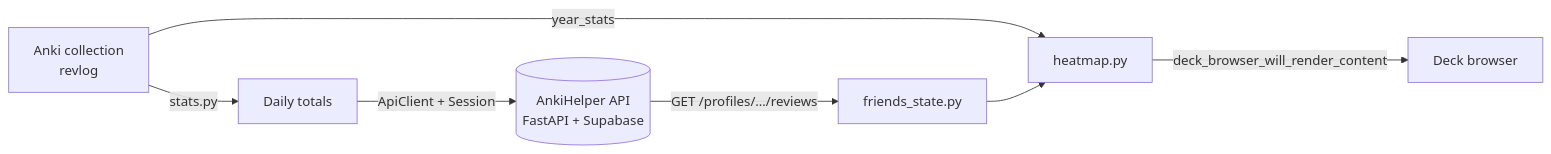
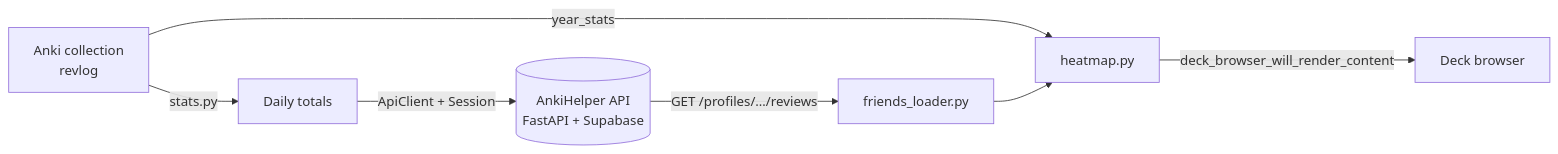
The diagram in README.md (warnerej/AnkiHelperExtension), drawn with Mermaid before and after one commit. The commit also changed 5 other files, not shown here.

````diff
--- a/README.md
+++ b/README.md
@@ -19,9 +19,9 @@
 ```mermaid
 flowchart LR
     A[Anki collection<br/>revlog] -->|stats.py| B[Daily totals]
     B -->|ApiClient + Session| C[(AnkiHelper API<br/>FastAPI + Supabase)]
-    C -->|GET /profiles/…/reviews| D[friends_state.py]
+    C -->|GET /profiles/…/reviews| D[friends_loader.py]
     A -->|year_stats| E[heatmap.py]
     D --> E
     E -->|deck_browser_will_render_content| F[Deck browser]
 ```
````
